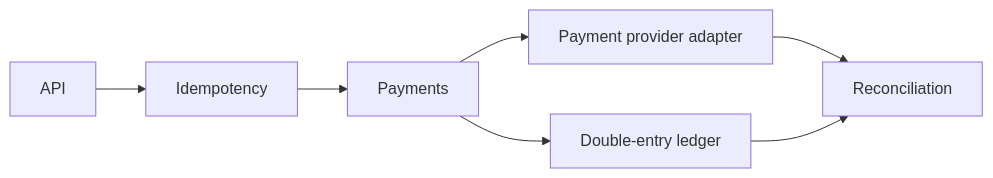
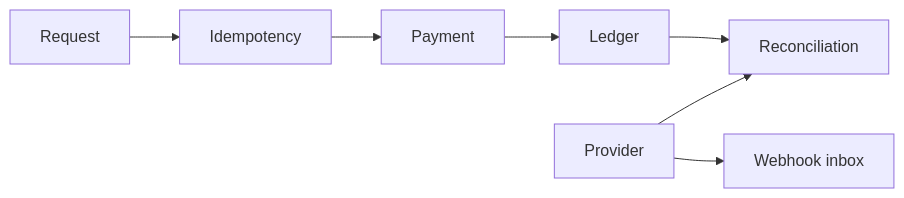
Before and after one commit to ekowbaah/payrail: the diagram in README.md, drawn with Mermaid. The commit also changed other lines of this file, not shown here.

````diff
--- a/README.md
+++ b/README.md
@@ -13,9 +7,9 @@
 ```mermaid
 flowchart LR
-  API --> Idempotency
-  Idempotency --> Payments
-  Payments --> Provider[Payment provider adapter]
-  Payments --> Ledger[Double-entry ledger]
+  Request --> Idempotency
+  Idempotency --> Payment
+  Payment --> Ledger
+  Provider --> Inbox[Webhook inbox]
   Provider --> Reconciliation
   Ledger --> Reconciliation
 ```
````
